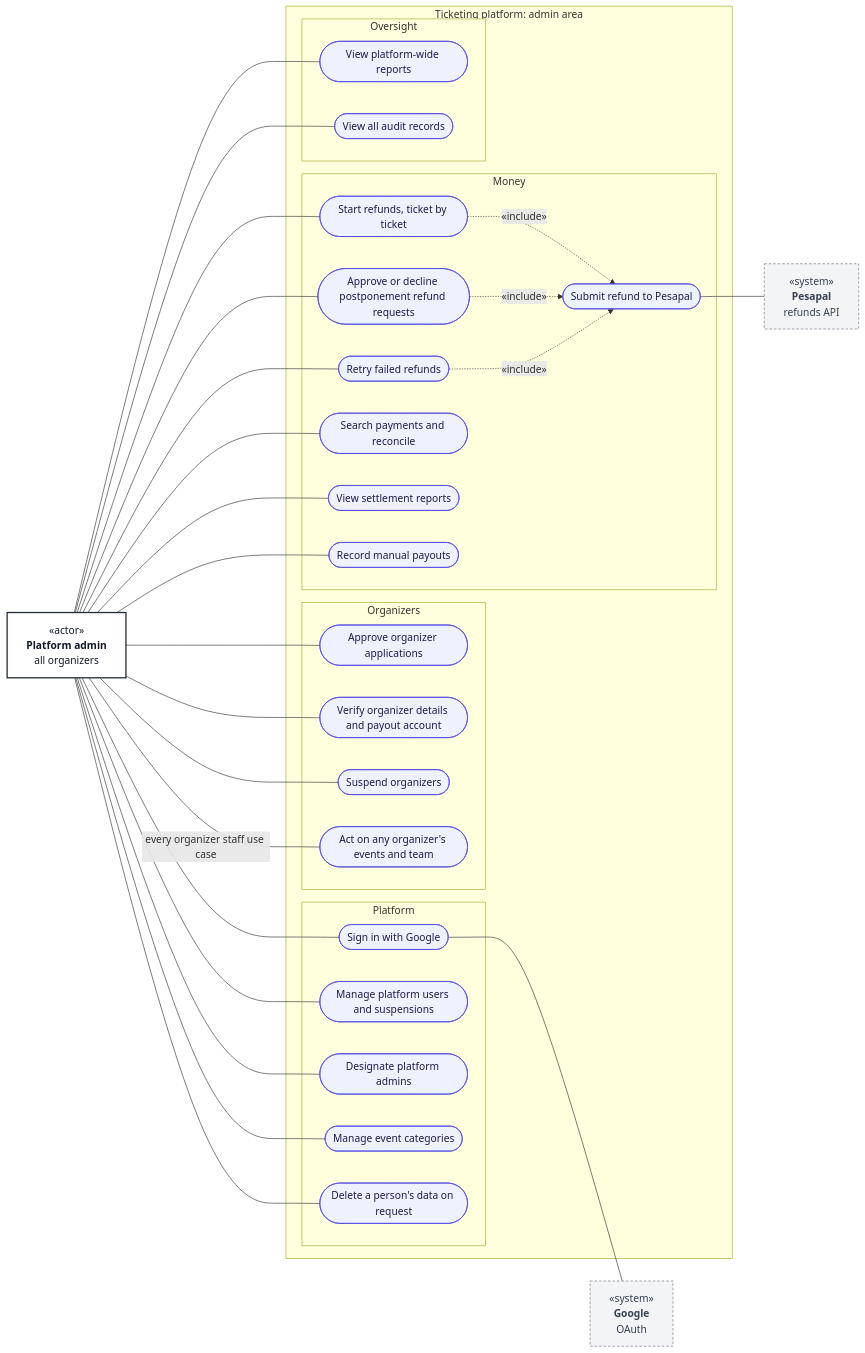
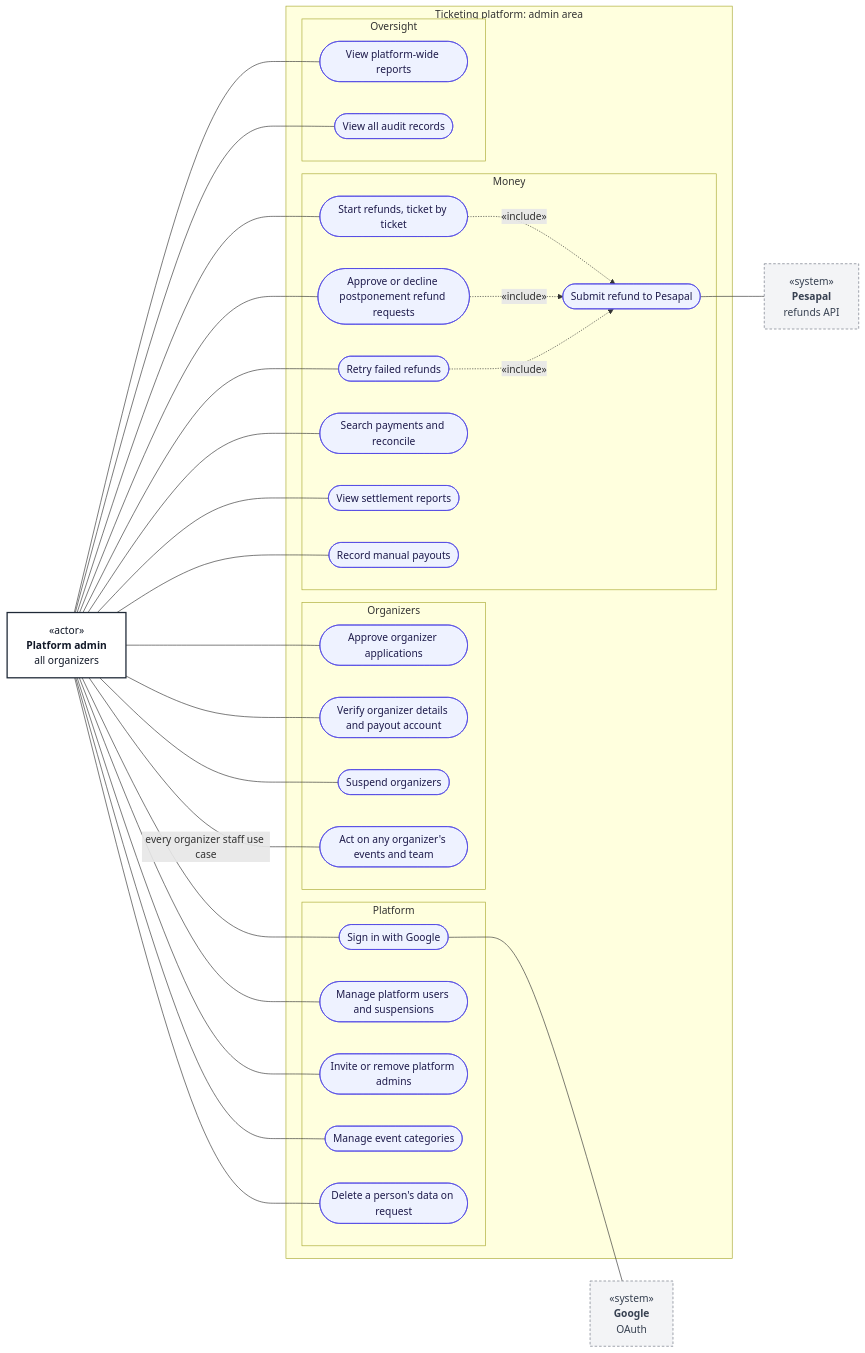
One commit to kreativesahara/ticket changed the diagram in doc/diagrams/use-cases/05-platform-admin.md. Above: the diagram before and after it, drawn with Mermaid. The commit also changed other lines of this file and 21 other files, not shown here.

Commit message:
add platform admin documentation, role guidelines, and ERD/use-case diagrams

````diff
--- a/doc/diagrams/use-cases/05-platform-admin.md
+++ b/doc/diagrams/use-cases/05-platform-admin.md
@@ -9,65 +9,65 @@
 ```mermaid
 flowchart LR
     classDef actor fill:#ffffff,stroke:#1f2937,stroke-width:2px,color:#111827
     classDef external fill:#f3f4f6,stroke:#6b7280,stroke-width:1px,stroke-dasharray:4 3,color:#374151
     classDef usecase fill:#eef2ff,stroke:#4f46e5,stroke-width:1px,color:#1e1b4b
 
     Admin["«actor»<br/><b>Platform admin</b><br/>all organizers"]:::actor
 
     subgraph SYS["Ticketing platform: admin area"]
         subgraph P1["Platform"]
             A1(["Sign in with Google"]):::usecase
             A2(["Manage platform users and suspensions"]):::usecase
-            A3(["Designate platform admins"]):::usecase
+            A3(["Invite or remove platform admins"]):::usecase
             A4(["Manage event categories"]):::usecase
             A18(["Delete a person's data on request"]):::usecase
         end
         subgraph P2["Organizers"]
             A5(["Approve organizer applications"]):::usecase
             A6(["Verify organizer details and payout account"]):::usecase
             A7(["Suspend organizers"]):::usecase
             A8(["Act on any organizer's events and team"]):::usecase
         end
         subgraph P3["Money"]
             A9(["Start refunds, ticket by ticket"]):::usecase
             A10(["Approve or decline postponement refund requests"]):::usecase
             A11(["Retry failed refunds"]):::usecase
             A12(["Submit refund to Pesapal"]):::usecase
             A13(["Search payments and reconcile"]):::usecase
             A14(["View settlement reports"]):::usecase
             A15(["Record manual payouts"]):::usecase
         end
         subgraph P4["Oversight"]
             A16(["View platform-wide reports"]):::usecase
             A17(["View all audit records"]):::usecase
         end
     end
 
     Google["«system»<br/><b>Google</b><br/>OAuth"]:::external
     Pesapal["«system»<br/><b>Pesapal</b><br/>refunds API"]:::external
 
     Admin --- A1
     Admin --- A2
     Admin --- A3
     Admin --- A4
     Admin --- A18
     Admin --- A5
     Admin --- A6
     Admin --- A7
     Admin ---|"every organizer staff use case"| A8
     Admin --- A9
     Admin --- A10
     Admin --- A11
     Admin --- A13
     Admin --- A14
     Admin --- A15
     Admin --- A16
     Admin --- A17
 
     A9 -.->|"«include»"| A12
     A10 -.->|"«include»"| A12
     A11 -.->|"«include»"| A12
 
     A1 --- Google
     A12 --- Pesapal
 ```
````
